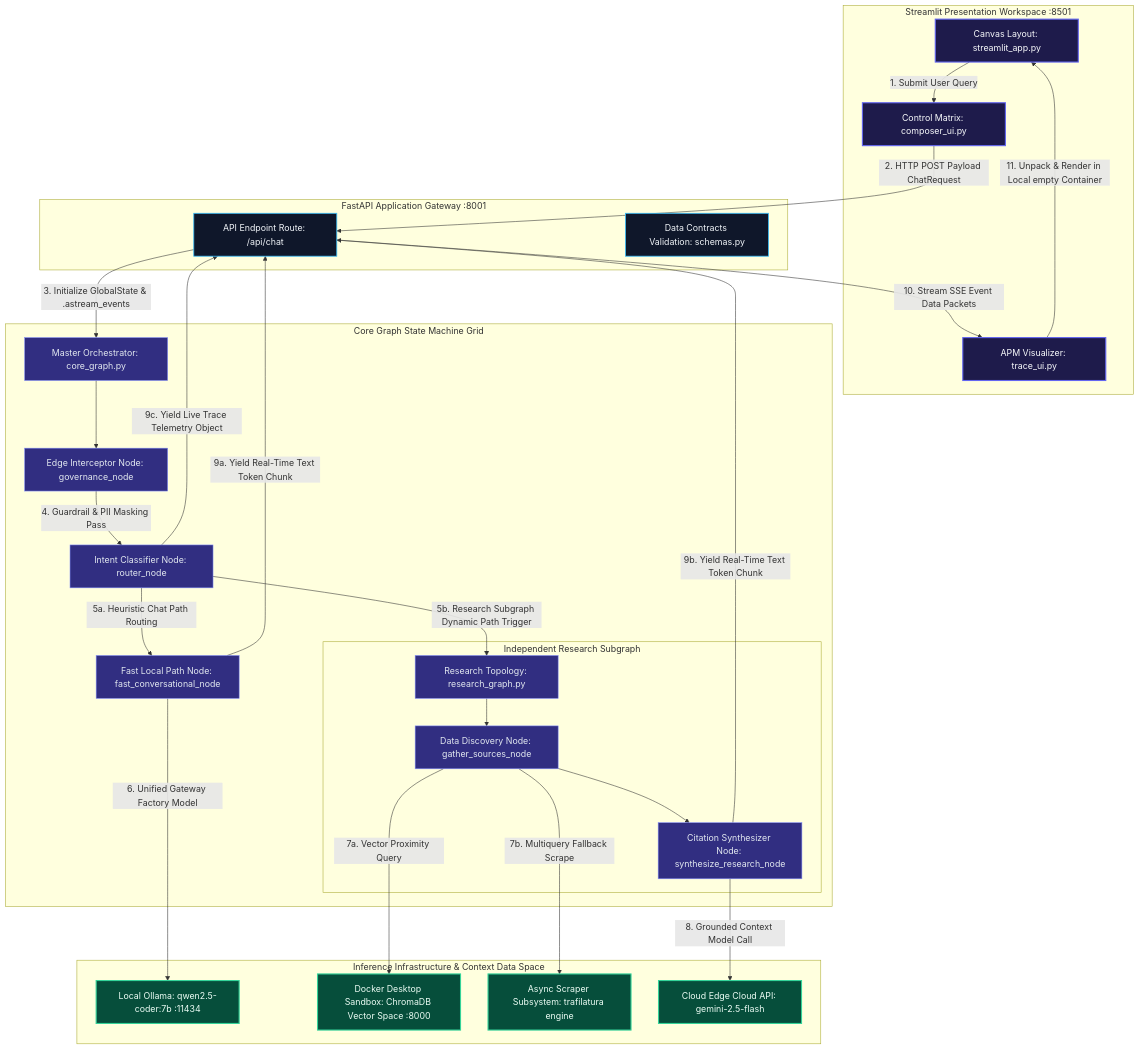
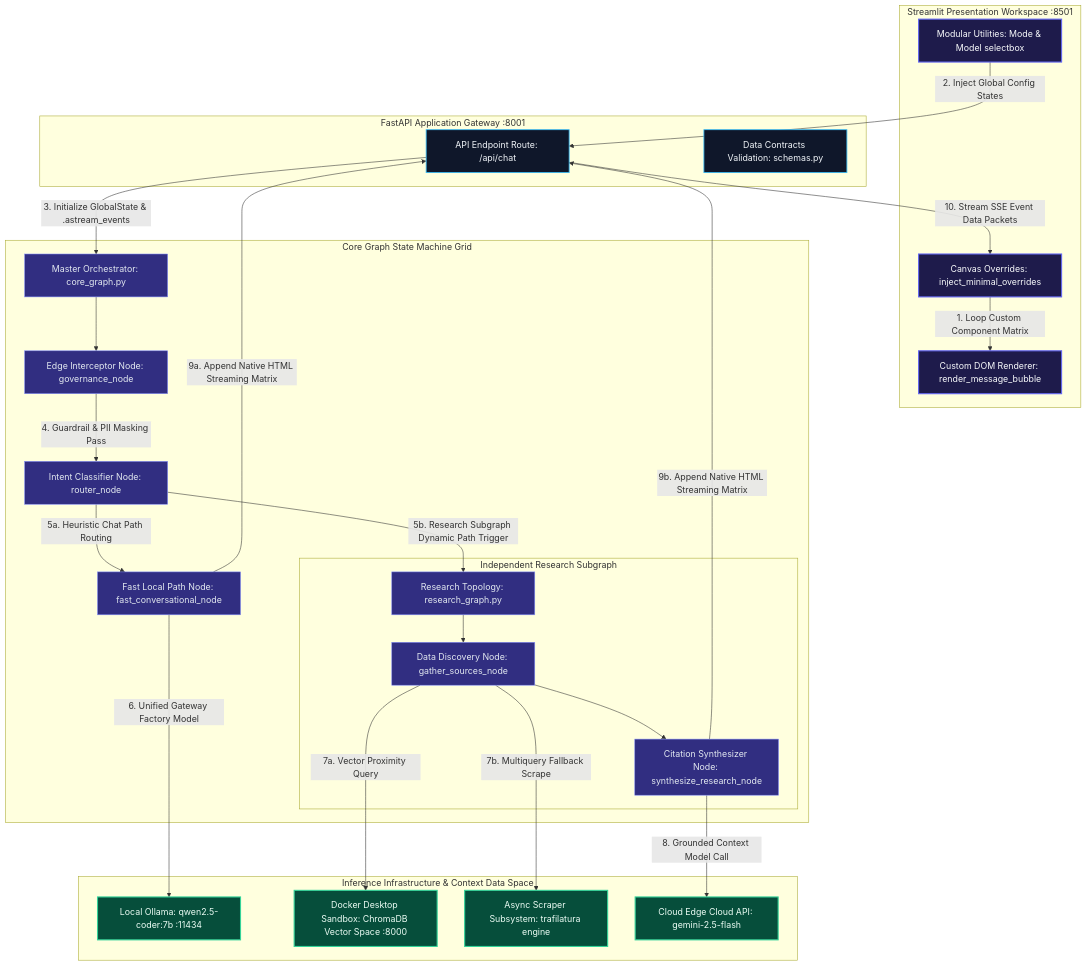
The first of 3 diagrams in README.md (ranapratapmajee/nexusmind), drawn with Mermaid before and after one commit. The commit also changed other lines of this file and 17 other files, not shown here.

````diff
--- a/README.md
+++ b/README.md
@@ -12,76 +12,75 @@
 ```mermaid
 graph TD
     %% Styling Configuration Profiles
     classDef ui fill:#1E1B4B,stroke:#6366F1,stroke-width:2px,color:#F8FAFC;
     classDef api fill:#0F172A,stroke:#38BDF8,stroke-width:1.5px,color:#F1F5F9;
     classDef graphCore fill:#312E81,stroke:#818CF8,stroke-width:1px,color:#E2E8F0;
     classDef infra fill:#064E3B,stroke:#34D399,stroke-width:2px,color:#ECFDF5;
 
     %% Presentation Layer
     subgraph Streamlit_Frontend [Streamlit Presentation Workspace :8501]
-        UI[Canvas Layout: streamlit_app.py]
-        Composer[Control Matrix: composer_ui.py]
-        Console[APM Visualizer: trace_ui.py]
+        UI[Canvas Overrides: inject_minimal_overrides]
+        Bubble[Custom DOM Renderer: render_message_bubble]
+        Selectors[Modular Utilities: Mode & Model selectbox]
     end
-    class UI,Composer,Console ui;
+    class UI,Bubble,Selectors ui;
 
     %% Communication Gateway Layer
     subgraph FastAPI_Backend [FastAPI Application Gateway :8001]
         Router[API Endpoint Route: /api/chat]
         Schemas[Data Contracts Validation: schemas.py]
     end
     class Router,Schemas api;
 
     %% Orchestration Graph Layer
     subgraph LangGraph_Engine [Core Graph State Machine Grid]
         CoreGraph[Master Orchestrator: core_graph.py]
         GovNode[Edge Interceptor Node: governance_node]
         RouteNode[Intent Classifier Node: router_node]
         FastNode[Fast Local Path Node: fast_conversational_node]
         
         subgraph SubAgent_Network [Independent Research Subgraph]
             ResearchGraph[Research Topology: research_graph.py]
             GatherNode[Data Discovery Node: gather_sources_node]
             SynthNode[Citation Synthesizer Node: synthesize_research_node]
         end
     end
     class CoreGraph,GovNode,RouteNode,FastNode,ResearchGraph,GatherNode,SynthNode graphCore;
 
     %% Underpinning Infrastructure Layer
     subgraph Compute_And_Storage [Inference Infrastructure & Context Data Space]
         OllamaCompletions[Local Ollama: qwen2.5-coder:7b :11434]
         ChromaDB[Docker Desktop Sandbox: ChromaDB Vector Space :8000]
         WebScrape[Async Scraper Subsystem: trafilatura engine]
         GeminiCloud[Cloud Edge Cloud API: gemini-2.5-flash]
     end
     class OllamaCompletions,ChromaDB,WebScrape,GeminiCloud infra;
 
     %% Data Pipeline Interaction Lines
-    UI -->|1. Submit User Query| Composer
-    Composer -->|2. HTTP POST Payload ChatRequest| Router
+    UI -->|1. Loop Custom Component Matrix| Bubble
+    Selectors -->|2. Inject Global Config States| Router
     Router -->|3. Initialize GlobalState & .astream_events| CoreGraph
     
     CoreGraph --> GovNode
     GovNode -->|4. Guardrail & PII Masking Pass| RouteNode
     
     %% Conditional Branching Elements
     RouteNode -->|5a. Heuristic Chat Path Routing| FastNode
     RouteNode -->|5b. Research Subgraph Dynamic Path Trigger| ResearchGraph
     
     %% Compute Integrations
     FastNode -->|6. Unified Gateway Factory Model| OllamaCompletions
     
     ResearchGraph --> GatherNode
     GatherNode -->|7a. Vector Proximity Query| ChromaDB
     GatherNode -->|7b. Multiquery Fallback Scrape| WebScrape
     GatherNode --> SynthNode
     SynthNode -->|8. Grounded Context Model Call| GeminiCloud
     
     %% Response Aggregation and Real-Time SSE Wire Output
-    FastNode -->|9a. Yield Real-Time Text Token Chunk| Router
-    SynthNode -->|9b. Yield Real-Time Text Token Chunk| Router
-    RouteNode -->|9c. Yield Live Trace Telemetry Object| Router
+    FastNode -->|9a. Append Native HTML Streaming Matrix| Router
+    SynthNode -->|9b. Append Native HTML Streaming Matrix| Router
     
-    Router -->|10. Stream SSE Event Data Packets| Console
-    Console -->|11. Unpack & Render in Local empty Container| UI
+    Router -->|10. Stream SSE Event Data Packets| UI
+
 ```
````
